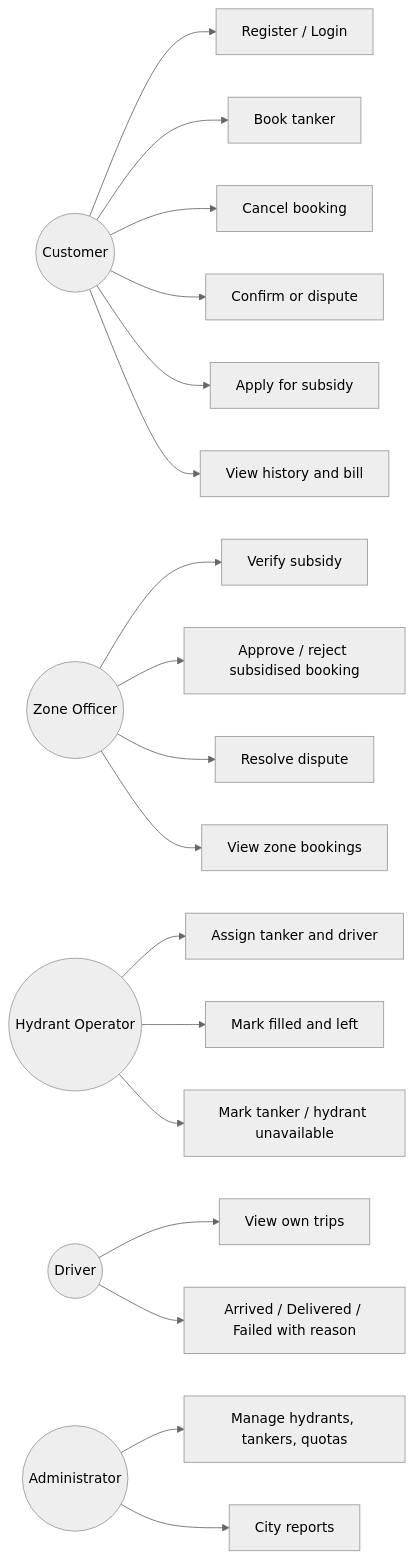
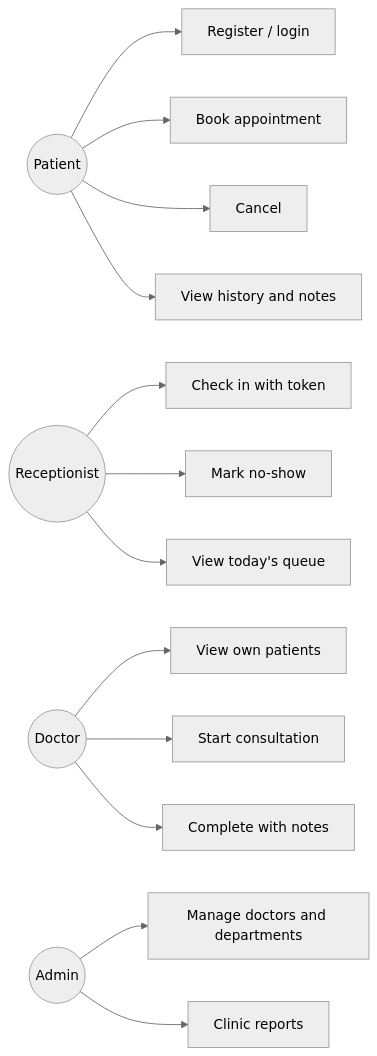
Before and after one commit to abdul-kabe-ER/we-pro: the diagram in README.md, drawn with Mermaid (neutral theme). The commit also changed other lines of this file, not shown here.

First line of the commit message:
Rename project to ClinicQ and update user roles

````diff
--- a/README.md
+++ b/README.md
@@ -14,8 +17,7 @@
 ```mermaid
 flowchart LR
- C((Customer)) --> B1[Register / Login] & B2[Book tanker] & B3[Cancel booking] & B4[Confirm or dispute] & B5[Apply for subsidy] & B6[View history and bill]
- O((Zone Officer)) --> O1[Verify subsidy] & O2[Approve / reject subsidised booking] & O3[Resolve dispute] & O4[View zone bookings]
- H((Hydrant Operator)) --> H1[Assign tanker and driver] & H2[Mark filled and left] & H3[Mark tanker / hydrant unavailable]
- D((Driver)) --> D1[View own trips] & D2[Arrived / Delivered / Failed with reason]
- A((Administrator)) --> A1[Manage hydrants, tankers, quotas] & A2[City reports]
+ P((Patient)) --> P1[Register / login] & P2[Book appointment] & P3[Cancel] & P4[View history and notes]
+ R((Receptionist)) --> R1[Check in with token] & R2[Mark no-show] & R3[View today's queue]
+ D((Doctor)) --> D1[View own patients] & D2[Start consultation] & D3[Complete with notes]
+ A((Admin)) --> A1[Manage doctors and departments] & A2[Clinic reports]
 ```
````
